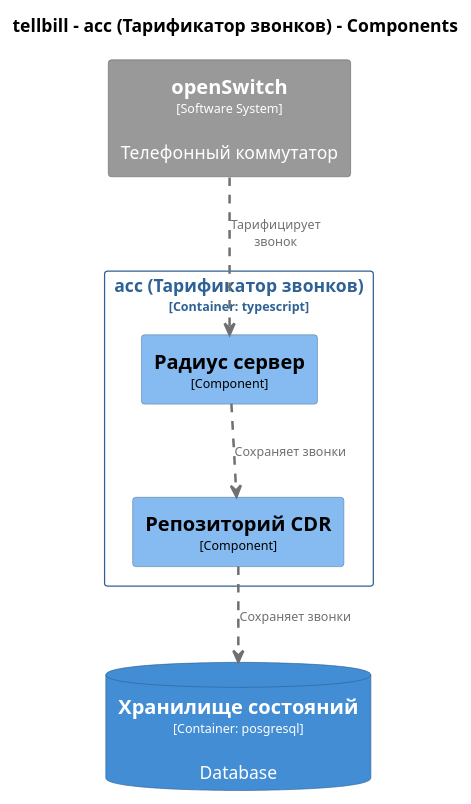
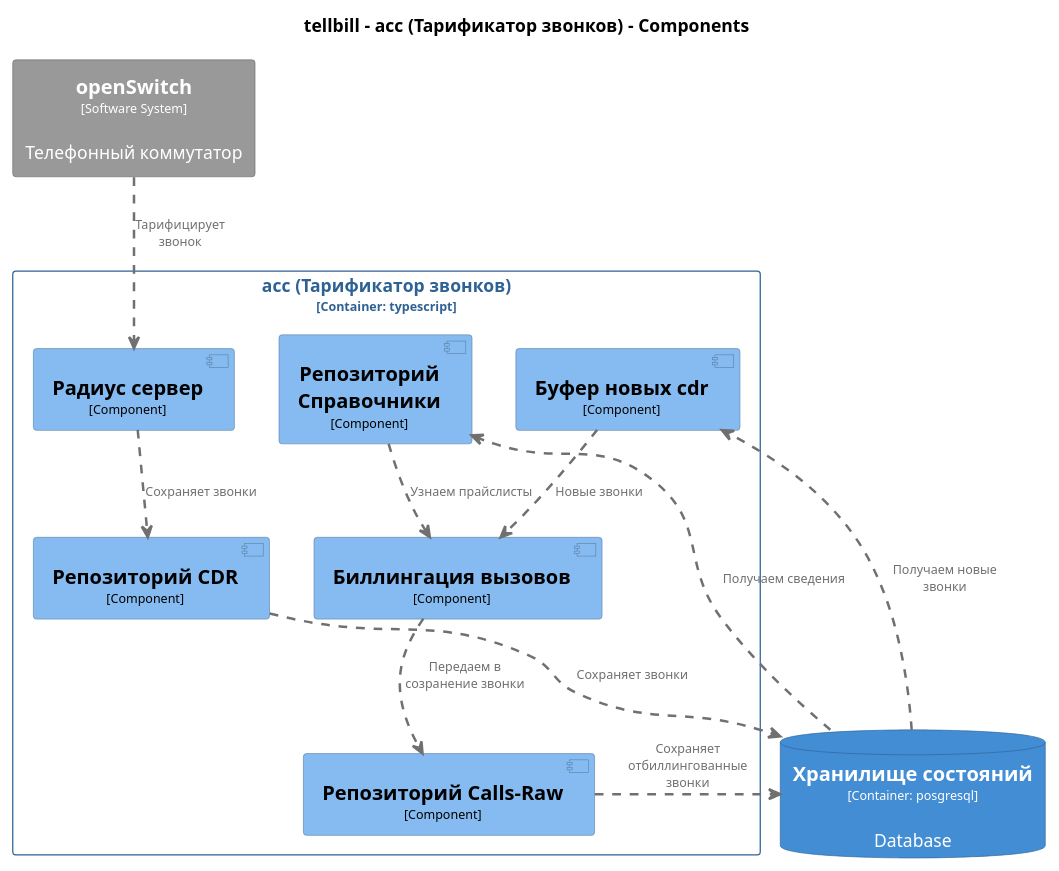
The diagram in docs/c4-dsl/plantuml/structurizr-Component_acc.puml (lfuuu/Diplom), drawn with PlantUML before and after one commit. The commit also changed 44 other files, not shown here.

```diff
--- a/docs/c4-dsl/plantuml/structurizr-Component_acc.puml
+++ b/docs/c4-dsl/plantuml/structurizr-Component_acc.puml
@@ -1,57 +1,91 @@
 @startuml
 set separator none
 title tellbill - acc (Тарификатор звонков) - Components
 
 top to bottom direction
 
 skinparam {
   arrowFontSize 10
   defaultTextAlignment center
   wrapWidth 200
   maxMessageSize 100
 }
 
 hide stereotype
 
 skinparam rectangle<<openSwitch>> {
   BackgroundColor #999999
   FontColor #ffffff
   BorderColor #6b6b6b
   shadowing false
 }
-skinparam rectangle<<tellbill.accТарификаторзвонков.Радиуссервер>> {
+skinparam component<<tellbill.accТарификаторзвонков.Биллингациявызовов>> {
   BackgroundColor #85bbf0
   FontColor #000000
   BorderColor #5d82a8
   shadowing false
 }
-skinparam rectangle<<tellbill.accТарификаторзвонков.РепозиторийCDR>> {
+skinparam component<<tellbill.accТарификаторзвонков.Буферновыхcdr>> {
+  BackgroundColor #85bbf0
+  FontColor #000000
+  BorderColor #5d82a8
+  shadowing false
+}
+skinparam component<<tellbill.accТарификаторзвонков.Радиуссервер>> {
+  BackgroundColor #85bbf0
+  FontColor #000000
+  BorderColor #5d82a8
+  shadowing false
+}
+skinparam component<<tellbill.accТарификаторзвонков.РепозиторийCDR>> {
+  BackgroundColor #85bbf0
+  FontColor #000000
+  BorderColor #5d82a8
+  shadowing false
+}
+skinparam component<<tellbill.accТарификаторзвонков.РепозиторийCallsRaw>> {
+  BackgroundColor #85bbf0
+  FontColor #000000
+  BorderColor #5d82a8
+  shadowing false
+}
+skinparam component<<tellbill.accТарификаторзвонков.РепозиторийСправочники>> {
   BackgroundColor #85bbf0
   FontColor #000000
   BorderColor #5d82a8
   shadowing false
 }
 skinparam database<<tellbill.Хранилищесостояний>> {
   BackgroundColor #438dd5
   FontColor #ffffff
   BorderColor #2e6295
   shadowing false
 }
 skinparam rectangle<<tellbill.accТарификаторзвонков>> {
   BorderColor #2e6295
   FontColor #2e6295
   shadowing false
 }
 
 rectangle "==openSwitch\n<size:10>[Software System]</size>\n\nТелефонный коммутатор" <<openSwitch>> as openSwitch
 database "==Хранилище состояний\n<size:10>[Container: posgresql]</size>\n\nDatabase" <<tellbill.Хранилищесостояний>> as tellbill.Хранилищесостояний
 
 rectangle "acc (Тарификатор звонков)\n<size:10>[Container: typescript]</size>" <<tellbill.accТарификаторзвонков>> {
-  rectangle "==Репозиторий CDR\n<size:10>[Component]</size>" <<tellbill.accТарификаторзвонков.РепозиторийCDR>> as tellbill.accТарификаторзвонков.РепозиторийCDR
-  rectangle "==Радиус сервер\n<size:10>[Component]</size>" <<tellbill.accТарификаторзвонков.Радиуссервер>> as tellbill.accТарификаторзвонков.Радиуссервер
+  component "==Радиус сервер\n<size:10>[Component]</size>" <<tellbill.accТарификаторзвонков.Радиуссервер>> as tellbill.accТарификаторзвонков.Радиуссервер
+  component "==Репозиторий CDR\n<size:10>[Component]</size>" <<tellbill.accТарификаторзвонков.РепозиторийCDR>> as tellbill.accТарификаторзвонков.РепозиторийCDR
+  component "==Репозиторий Справочники\n<size:10>[Component]</size>" <<tellbill.accТарификаторзвонков.РепозиторийСправочники>> as tellbill.accТарификаторзвонков.РепозиторийСправочники
+  component "==Буфер новых cdr\n<size:10>[Component]</size>" <<tellbill.accТарификаторзвонков.Буферновыхcdr>> as tellbill.accТарификаторзвонков.Буферновыхcdr
+  component "==Биллингация вызовов\n<size:10>[Component]</size>" <<tellbill.accТарификаторзвонков.Биллингациявызовов>> as tellbill.accТарификаторзвонков.Биллингациявызовов
+  component "==Репозиторий Calls-Raw\n<size:10>[Component]</size>" <<tellbill.accТарификаторзвонков.РепозиторийCallsRaw>> as tellbill.accТарификаторзвонков.РепозиторийCallsRaw
 }
 
+tellbill.accТарификаторзвонков.РепозиторийCDR .[#707070,thickness=2].> tellbill.Хранилищесостояний : "<color:#707070>Сохраняет звонки"
+tellbill.Хранилищесостояний .[#707070,thickness=2].> tellbill.accТарификаторзвонков.Буферновыхcdr : "<color:#707070>Получаем новые звонки"
+tellbill.Хранилищесостояний .[#707070,thickness=2].> tellbill.accТарификаторзвонков.РепозиторийСправочники : "<color:#707070>Получаем сведения"
+tellbill.accТарификаторзвонков.РепозиторийCallsRaw .[#707070,thickness=2].> tellbill.Хранилищесостояний : "<color:#707070>Сохраняет отбиллингованные звонки"
+openSwitch .[#707070,thickness=2].> tellbill.accТарификаторзвонков.Радиуссервер : "<color:#707070>Тарифицирует звонок"
 tellbill.accТарификаторзвонков.Радиуссервер .[#707070,thickness=2].> tellbill.accТарификаторзвонков.РепозиторийCDR : "<color:#707070>Сохраняет звонки"
-tellbill.accТарификаторзвонков.РепозиторийCDR .[#707070,thickness=2].> tellbill.Хранилищесостояний : "<color:#707070>Сохраняет звонки"
-openSwitch .[#707070,thickness=2].> tellbill.accТарификаторзвонков.Радиуссервер : "<color:#707070>Тарифицирует звонок"
+tellbill.accТарификаторзвонков.Биллингациявызовов .[#707070,thickness=2].> tellbill.accТарификаторзвонков.РепозиторийCallsRaw : "<color:#707070>Передаем в созранение звонки"
+tellbill.accТарификаторзвонков.Буферновыхcdr .[#707070,thickness=2].> tellbill.accТарификаторзвонков.Биллингациявызовов : "<color:#707070>Новые звонки"
+tellbill.accТарификаторзвонков.РепозиторийСправочники .[#707070,thickness=2].> tellbill.accТарификаторзвонков.Биллингациявызовов : "<color:#707070>Узнаем прайслисты"
 @enduml
```
